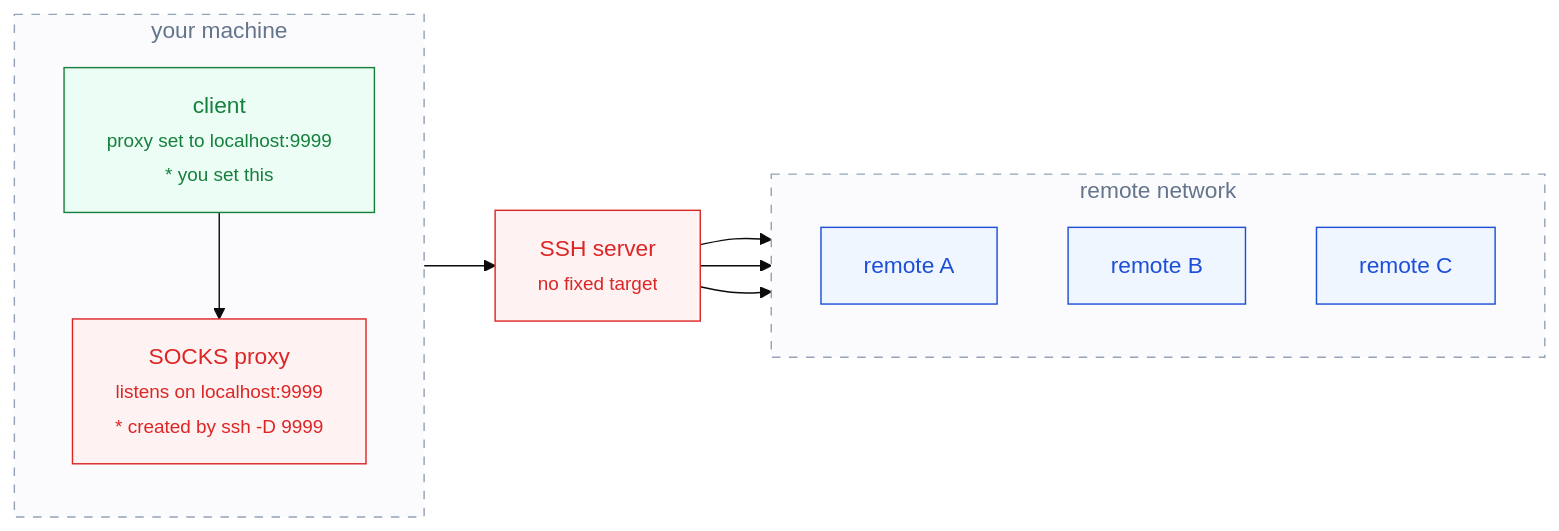
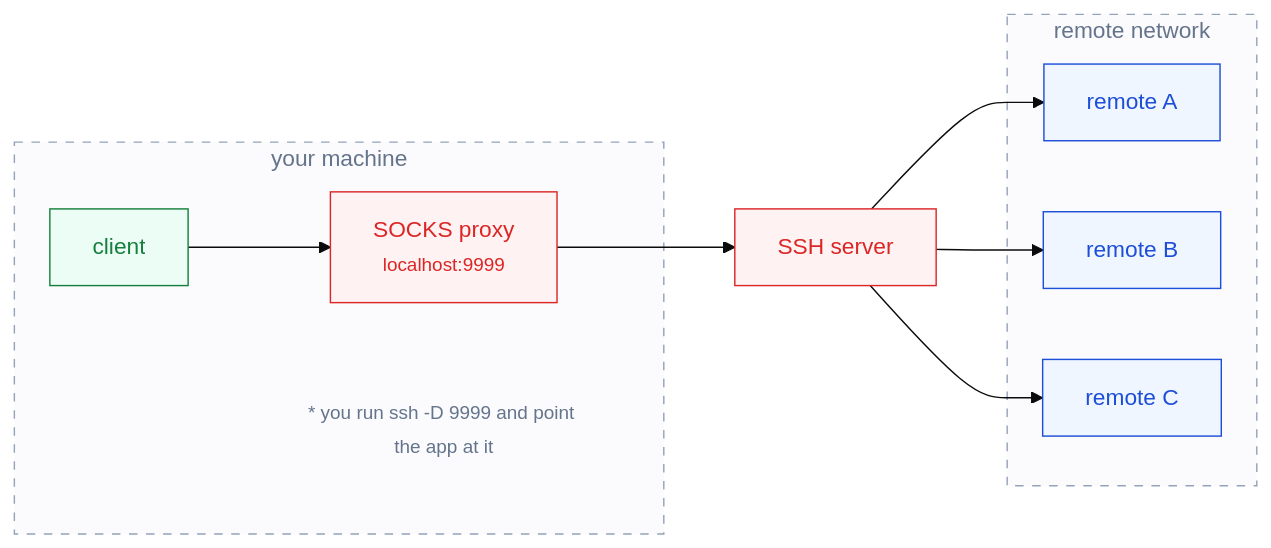
One commit to ssyrc/ssyrc.github.io changed the third of 4 diagrams in _posts/ko/2026-09-16-proxy-and-port-forwarding.md. Above: the diagram before and after it, drawn with Mermaid (base theme). The commit also changed other lines of this file and 1 other file, not shown here.

First line of the commit message:
Simplify scenario diagrams to match the sketch

````diff
--- a/_posts/ko/2026-09-16-proxy-and-port-forwarding.md
+++ b/_posts/ko/2026-09-16-proxy-and-port-forwarding.md
@@ -142,29 +124,27 @@
 ```mermaid
 flowchart LR
     subgraph LOCAL["your machine"]
-        direction TB
-        C["client<br/><small>proxy set to localhost:9999</small><br/><small>* you set this</small>"]
-        P["SOCKS proxy<br/><small>listens on localhost:9999</small><br/><small>* created by ssh -D 9999</small>"]
+        C["client"] --> P["SOCKS proxy<br/><small>localhost:9999</small>"]
+        NOTE["<small>* you run ssh -D 9999 and point the app at it</small>"]
     end
     subgraph REMOTE["remote network"]
-        direction TB
         A["remote A"]
         B["remote B"]
         D["remote C"]
     end
-    C --> P
-    P --> H["SSH server<br/><small>no fixed target</small>"]
+    P --> H["SSH server"]
     H --> A
     H --> B
     H --> D
     class C client
-    class P proxy
-    class H proxy
+    class P,H proxy
     class A,B,D server
+    class NOTE note
     class LOCAL,REMOTE zone
     classDef client fill:#ecfdf5,stroke:#15803d,color:#15803d
     classDef proxy  fill:#fef2f2,stroke:#dc2626,color:#dc2626
     classDef server fill:#eff6ff,stroke:#1d4ed8,color:#1d4ed8
     classDef kernel fill:#ffffff,stroke:#dc2626,color:#64748b,stroke-dasharray:6 5
     classDef zone   fill:#fbfbfe,stroke:#94a3b8,color:#64748b,stroke-dasharray:6 6
+    classDef note   fill:none,stroke:none,color:#64748b
 ```
````
